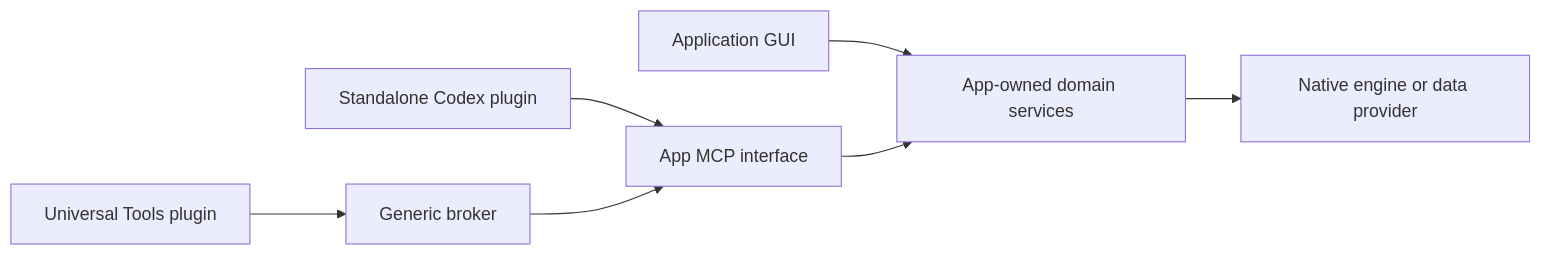
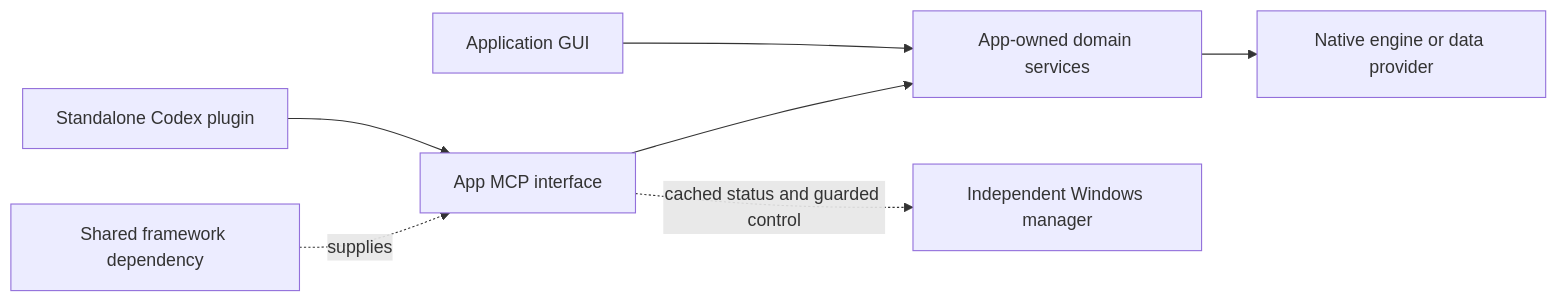
The diagram in docs/server-development/architecture.md (votecoffee/CodexMCPBroker), drawn with Mermaid before and after one commit. The commit also changed other lines of this file and 56 other files, not shown here.

Commit message:
Retire universal plugin; keep shared framework and independent manager

````diff
--- a/docs/server-development/architecture.md
+++ b/docs/server-development/architecture.md
@@ -11,9 +11,9 @@
 ```mermaid
 flowchart LR
     GUI[Application GUI] --> S[App-owned domain services]
     D[Standalone Codex plugin] --> M[App MCP interface]
-    U[Universal Tools plugin] --> B[Generic broker]
-    B --> M
+    P[Shared framework dependency] -. supplies .-> M
+    M -. cached status and guarded control .-> A[Independent Windows manager]
     M --> S
     S --> N[Native engine or data provider]
 ```
````
